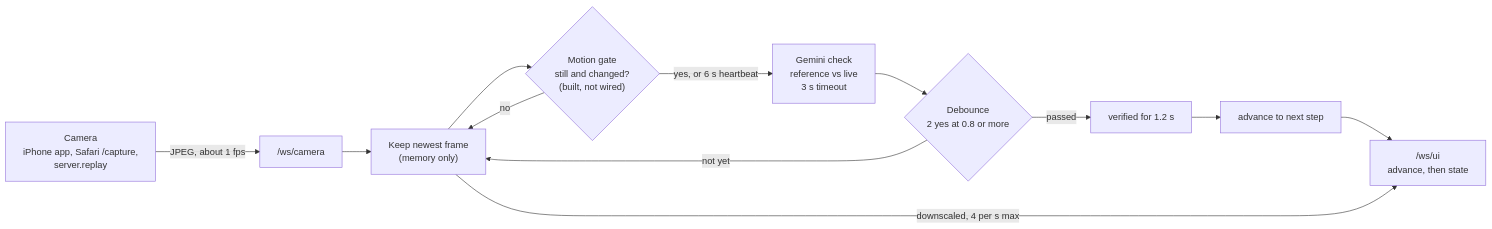
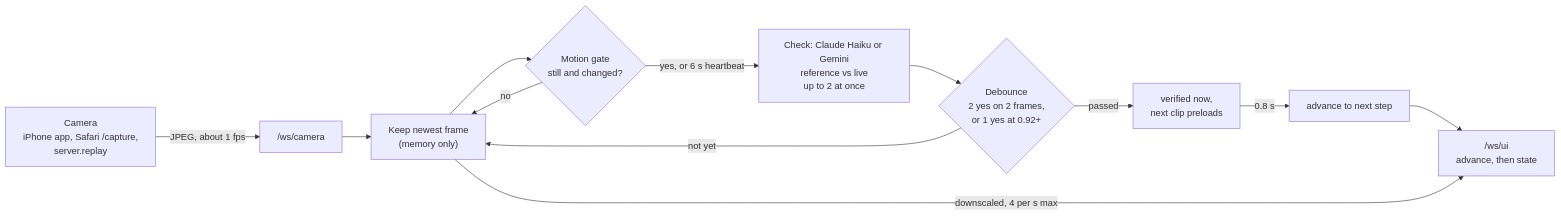
The diagram in server/README.md (pr4nav3/HandOver), drawn with Mermaid before and after one commit. The commit also changed other lines of this file and 23 other files, not shown here.

Commit message:
Engine: honest provenance and check_mode, pipelined checks, fast path, next_clip, ahead skip off by default, library router and auth, learner tagging, understanding behind a switch; Lessons: demo-v1 retitled as a test pattern; Docs: labels match the code

````diff
--- a/server/README.md
+++ b/server/README.md
@@ -40,14 +51,14 @@
 ```mermaid
 flowchart LR
   cam["Camera<br/>iPhone app, Safari /capture,<br/>server.replay"] -->|"JPEG, about 1 fps"| wsc["/ws/camera"]
   wsc --> newest["Keep newest frame<br/>(memory only)"]
-  newest --> gate{"Motion gate<br/>still and changed?<br/>(built, not wired)"}
-  gate -->|yes, or 6 s heartbeat| gem["Gemini check<br/>reference vs live<br/>3 s timeout"]
+  newest --> gate{"Motion gate<br/>still and changed?"}
+  gate -->|yes, or 6 s heartbeat| chk["Check: Claude Haiku or Gemini<br/>reference vs live<br/>up to 2 at once"]
   gate -->|no| newest
-  gem --> deb{"Debounce<br/>2 yes at 0.8 or more"}
+  chk --> deb{"Debounce<br/>2 yes on 2 frames,<br/>or 1 yes at 0.92+"}
   deb -->|not yet| newest
-  deb -->|passed| ver["verified for 1.2 s"]
-  ver --> adv["advance to next step"]
+  deb -->|passed| ver["verified now,<br/>next clip preloads"]
+  ver -->|0.8 s| adv["advance to next step"]
   adv --> wsu["/ws/ui<br/>advance, then state"]
   newest -->|"downscaled, 4 per s max"| wsu
 ```
````
